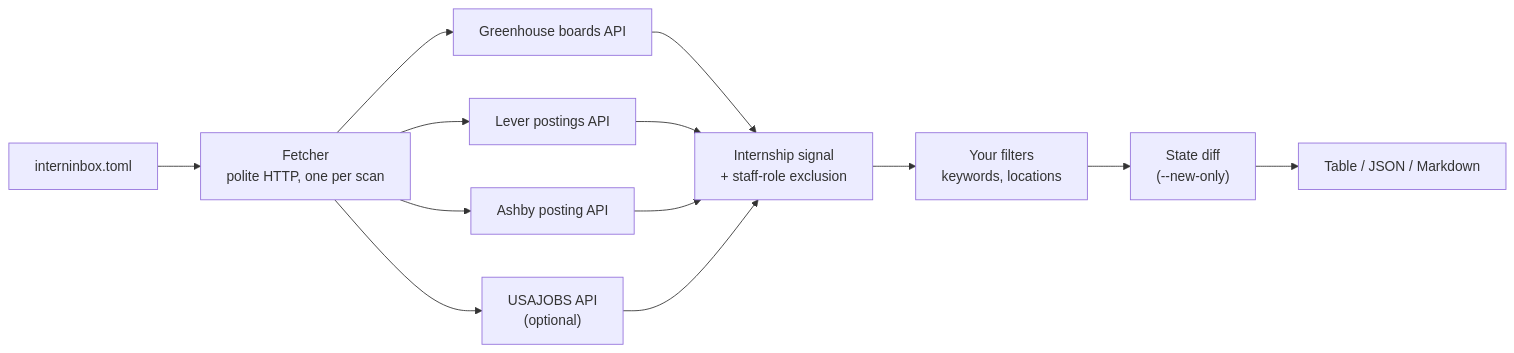
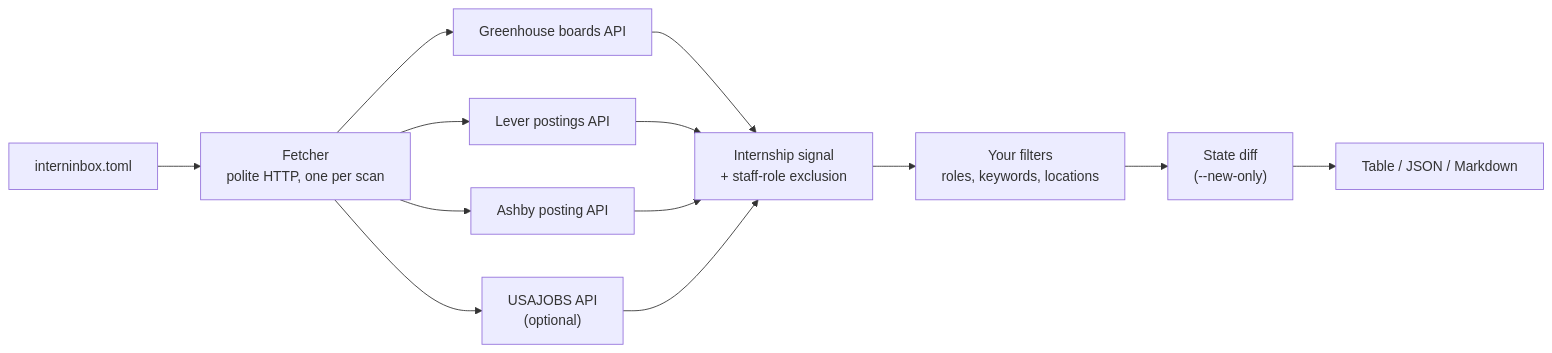
Before and after one commit to hiratinspace/interninbox: the diagram in README.md, drawn with Mermaid. The commit also changed other lines of this file and 5 other files, not shown here.

````diff
--- a/README.md
+++ b/README.md
@@ -357,12 +284,12 @@
 ```mermaid
 flowchart LR
     A[interninbox.toml] --> B["Fetcher<br/>polite HTTP, one per scan"]
     B --> C1[Greenhouse boards API]
     B --> C2[Lever postings API]
     B --> C3[Ashby posting API]
     B --> C4["USAJOBS API<br/>(optional)"]
     C1 & C2 & C3 & C4 --> D["Internship signal<br/>+ staff-role exclusion"]
-    D --> E["Your filters<br/>keywords, locations"]
+    D --> E["Your filters<br/>roles, keywords, locations"]
     E --> F["State diff<br/>(--new-only)"]
     F --> G[Table / JSON / Markdown]
 ```
````
